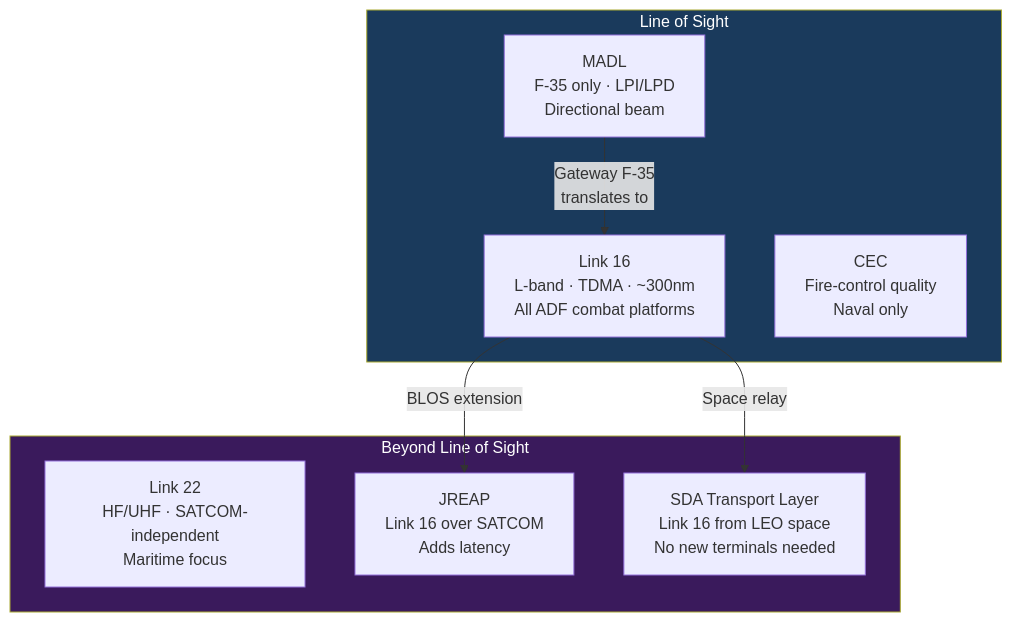
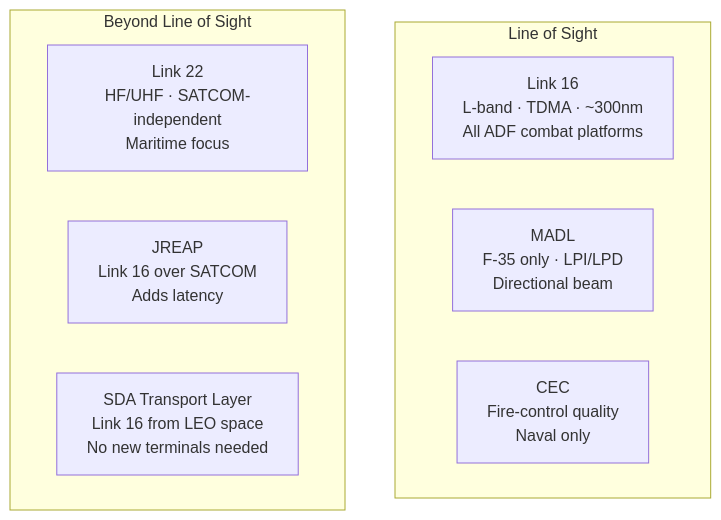
One commit to mirrorsedgepro-stack/SpaceOpsVault changed the diagram in 15-Data-Links/Tactical Data Links Overview.md. Above: the diagram before and after it, drawn with Mermaid. The commit also changed 10 other files, not shown here.

First line of the commit message:
Fix Mermaid diagrams by replacing \n with <br/>

````diff
--- a/15-Data-Links/Tactical Data Links Overview.md
+++ b/15-Data-Links/Tactical Data Links Overview.md
@@ -21,20 +21,13 @@
 ```mermaid
 graph TD
     subgraph LOS["Line of Sight"]
-        L16["Link 16\nL-band · TDMA · ~300nm\nAll ADF combat platforms"]
-        MADL["MADL\nF-35 only · LPI/LPD\nDirectional beam"]
-        CEC["CEC\nFire-control quality\nNaval only"]
+        L16["Link 16<br/>L-band · TDMA · ~300nm<br/>All ADF combat platforms"]
+        MADL["MADL<br/>F-35 only · LPI/LPD<br/>Directional beam"]
+        CEC["CEC<br/>Fire-control quality<br/>Naval only"]
     end
     subgraph BLOS["Beyond Line of Sight"]
-        L22["Link 22\nHF/UHF · SATCOM-independent\nMaritime focus"]
-        JREAP["JREAP\nLink 16 over SATCOM\nAdds latency"]
-        PWSA["SDA Transport Layer\nLink 16 from LEO space\nNo new terminals needed"]
+        L22["Link 22<br/>HF/UHF · SATCOM-independent<br/>Maritime focus"]
+        JREAP["JREAP<br/>Link 16 over SATCOM<br/>Adds latency"]
+        PWSA["SDA Transport Layer<br/>Link 16 from LEO space<br/>No new terminals needed"]
     end
-
-    L16 -->|"BLOS extension"| JREAP
-    L16 -->|"Space relay"| PWSA
-    MADL -->|"Gateway F-35\ntranslates to"| L16
-
-    style LOS fill:#1a3a5c,color:#fff
-    style BLOS fill:#3a1a5c,color:#fff
 ```
````
